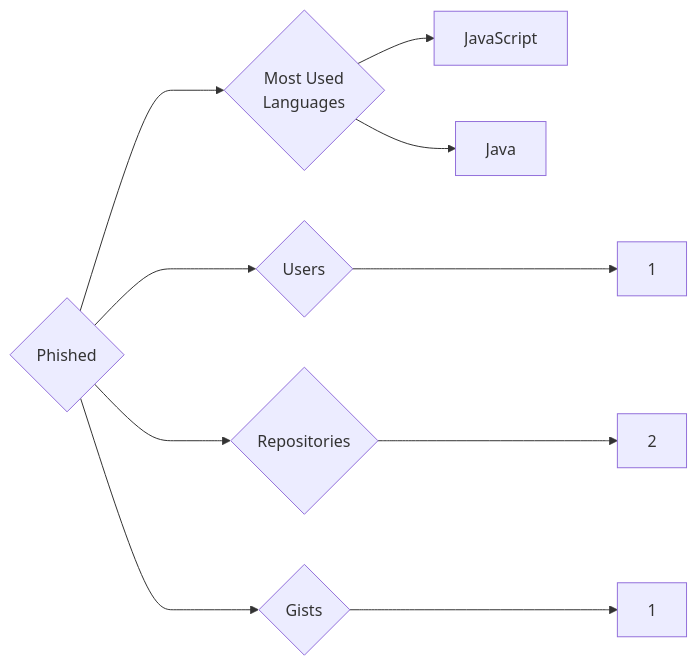
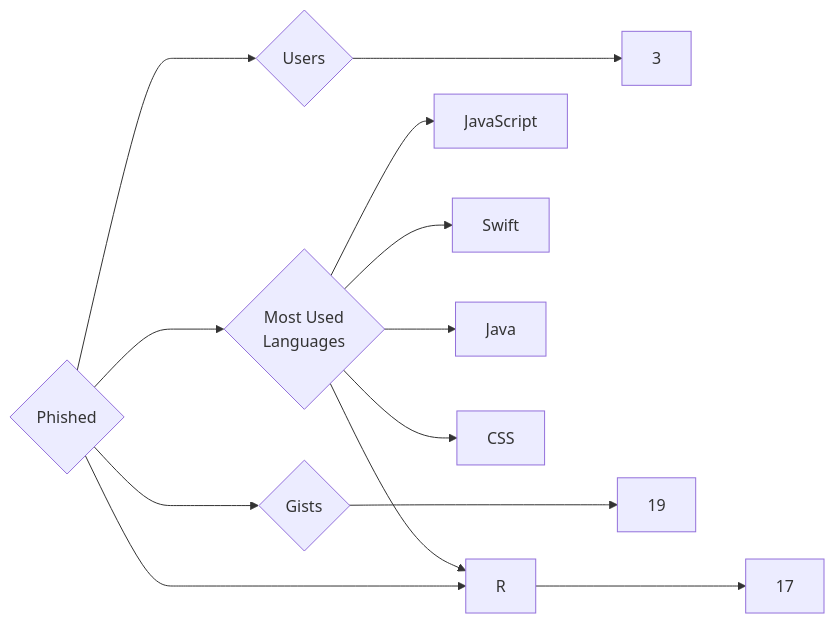
Before and after one commit to trickest/insiders: the diagram in targets/Phished/README.md, drawn with Mermaid. The commit also changed 955 other files, not shown here.

````diff
--- a/targets/Phished/README.md
+++ b/targets/Phished/README.md
@@ -3,10 +3,13 @@
 ```mermaid
 graph LR
 COMPANY_NAME{Phished}
-COMPANY_NAME ---> U{Users} ---> UN[1]
-COMPANY_NAME ---> R{Repositories} ---> RN[2]
-COMPANY_NAME ---> G{Gists} ---> GN[1]
+COMPANY_NAME ---> U{Users} ---> UN[3]
+COMPANY_NAME ---> R{Repositories} ---> RN[17]
+COMPANY_NAME ---> G{Gists} ---> GN[19]
 COMPANY_NAME ---> ML{Most Used<br>Languages}
 ML --> JavaScript[JavaScript]
+ML --> R[R]
+ML --> Swift[Swift]
 ML --> Java[Java]
+ML --> CSS[CSS]
 ```
````
